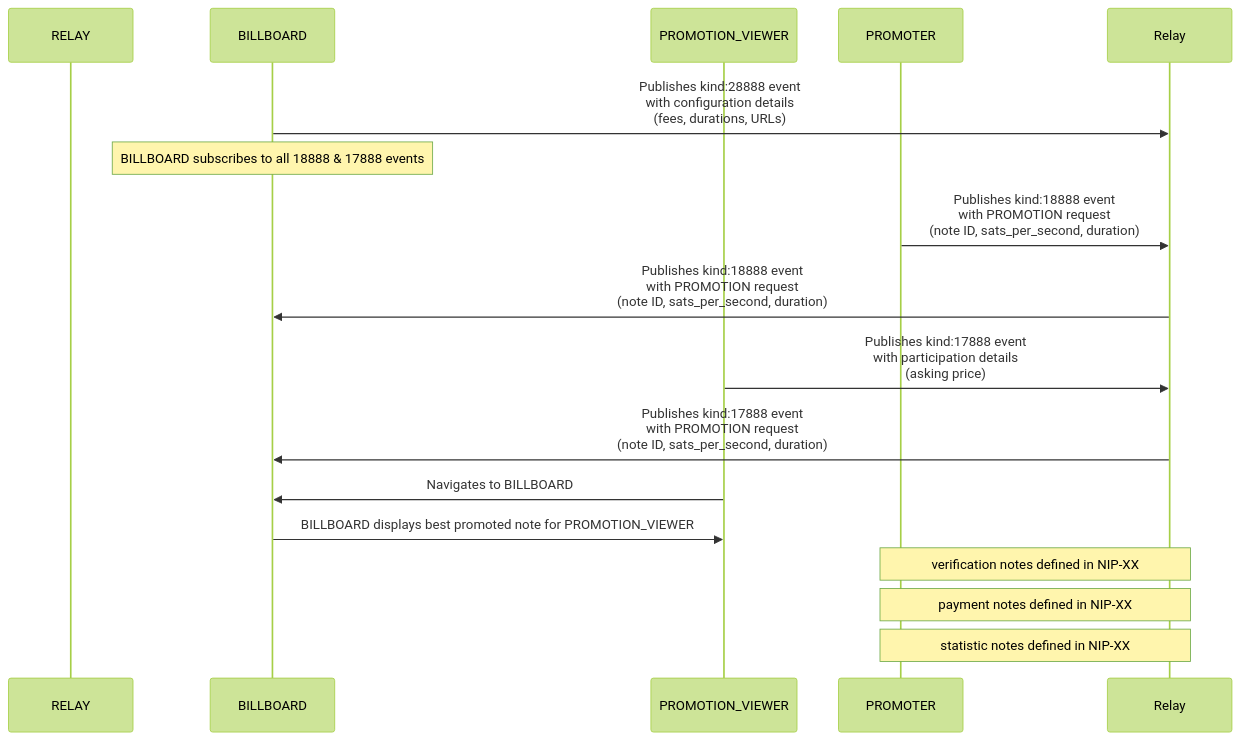
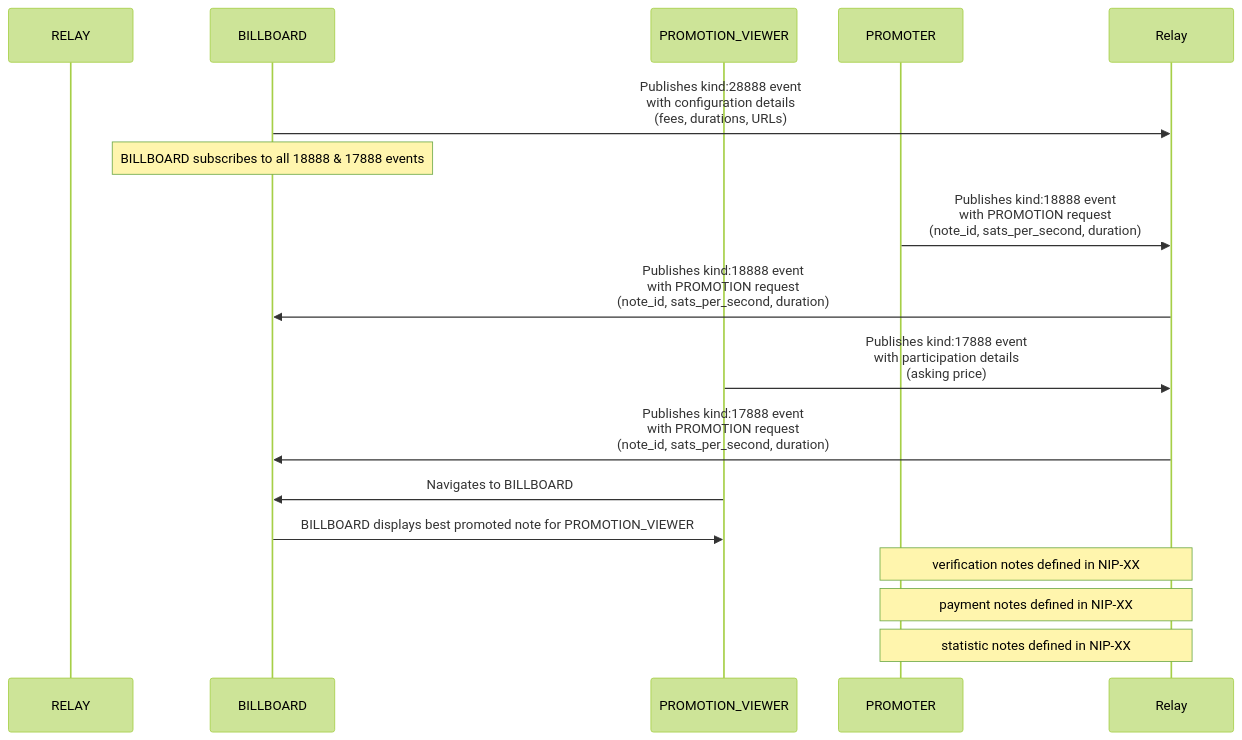
One commit to joinnextblock/attn-protocol changed the diagram in NIP-X1.md. Above: the diagram before and after it, drawn with Mermaid (forest theme). The commit also changed other lines of this file and 6 other files, not shown here.

````diff
--- a/NIP-X1.md
+++ b/NIP-X1.md
@@ -149,19 +153,19 @@
 ```mermaid
 sequenceDiagram
     participant RELAY
     participant BILLBOARD
     participant PROMOTION_VIEWER
     participant PROMOTER
 
     BILLBOARD->>Relay: Publishes kind:28888 event<br/>with configuration details<br/>(fees, durations, URLs)
     Note over BILLBOARD: BILLBOARD subscribes to all 18888 & 17888 events
-    PROMOTER->>Relay: Publishes kind:18888 event<br/>with PROMOTION request<br/>(note ID, sats_per_second, duration)
-    Relay->>BILLBOARD: Publishes kind:18888 event<br/>with PROMOTION request<br/>(note ID, sats_per_second, duration)
+    PROMOTER->>Relay: Publishes kind:18888 event<br/>with PROMOTION request<br/>(note_id, sats_per_second, duration)
+    Relay->>BILLBOARD: Publishes kind:18888 event<br/>with PROMOTION request<br/>(note_id, sats_per_second, duration)
     PROMOTION_VIEWER->>Relay: Publishes kind:17888 event<br/>with participation details<br/>(asking price)
-    Relay->>BILLBOARD: Publishes kind:17888 event<br/>with PROMOTION request<br/>(note ID, sats_per_second, duration)
+    Relay->>BILLBOARD: Publishes kind:17888 event<br/>with PROMOTION request<br/>(note_id, sats_per_second, duration)
     PROMOTION_VIEWER->>BILLBOARD: Navigates to BILLBOARD
     BILLBOARD->>PROMOTION_VIEWER: BILLBOARD displays best promoted note for PROMOTION_VIEWER
     Note over Relay,PROMOTER: verification notes defined in NIP-XX
     Note over Relay,PROMOTER: payment notes defined in NIP-XX
     Note over Relay,PROMOTER: statistic notes defined in NIP-XX
 ```
````
